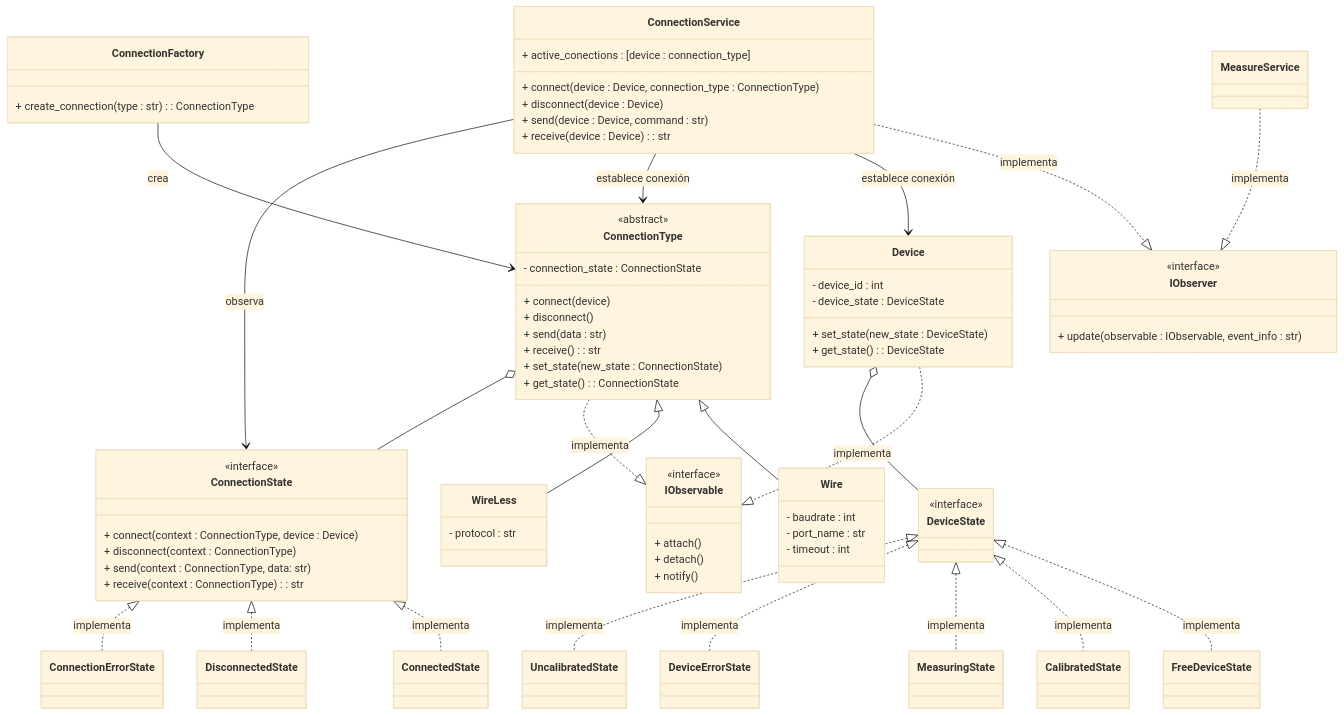
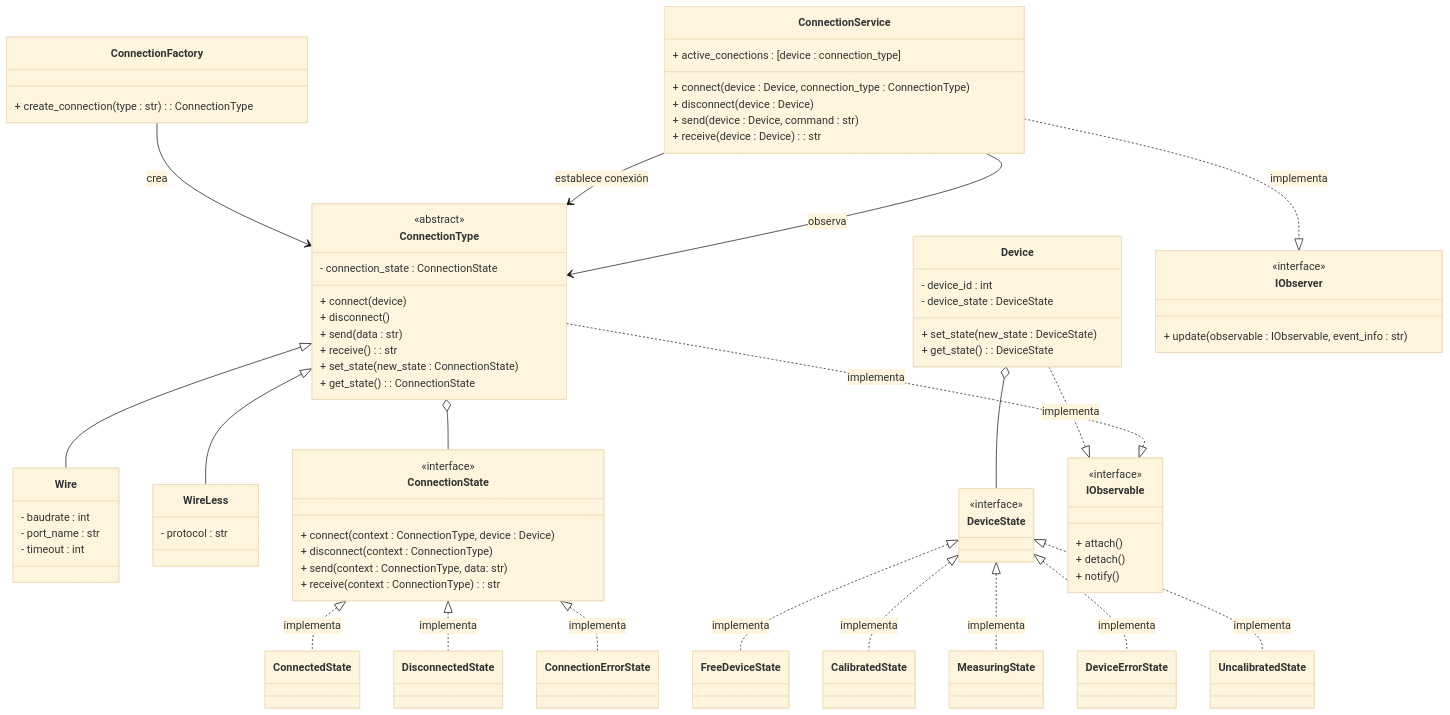
Before and after one commit to alegrelias/Repo-GMini: the second of 6 diagrams in Gmini-MarkDown/Diagramas/Clases Conceptuales.md, drawn with Mermaid (base theme). The commit also changed other lines of this file, not shown here.

Commit message:
Se modifica diagrama de clases

````diff
--- a/Gmini-MarkDown/Diagramas/Clases Conceptuales.md
+++ b/Gmini-MarkDown/Diagramas/Clases Conceptuales.md
@@ -396,8 +396,6 @@
 %% relaciones
 
 Device ..|> IObservable : implementa
-
-MeasureService ..|> IObserver : implementa
 ConnectionService ..|> IObserver : implementa
 
 ConnectionType ..|> IObservable : implementa
@@ -417,7 +415,6 @@
 ConnectionType o-- ConnectionState
 Device o-- DeviceState
 
-ConnectionService --> Device : establece conexión
 ConnectionService --> ConnectionType : establece conexión
-ConnectionService --> ConnectionState : observa
+ConnectionService --> ConnectionType : observa
 ```
````
